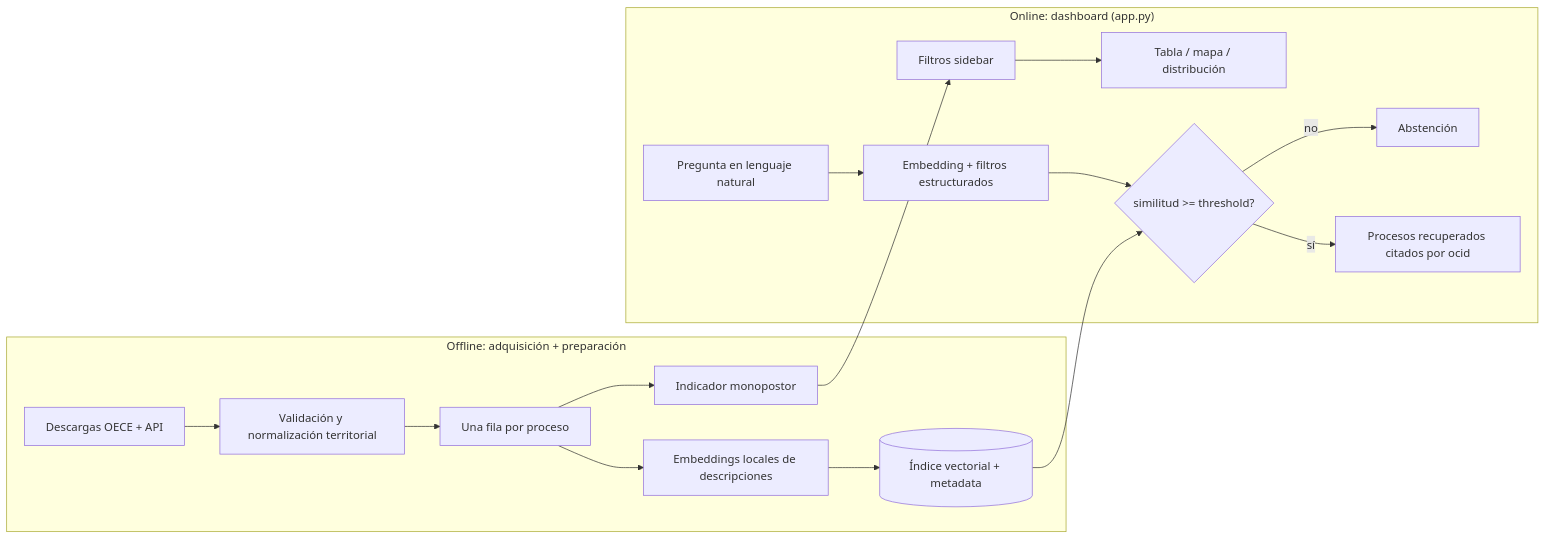
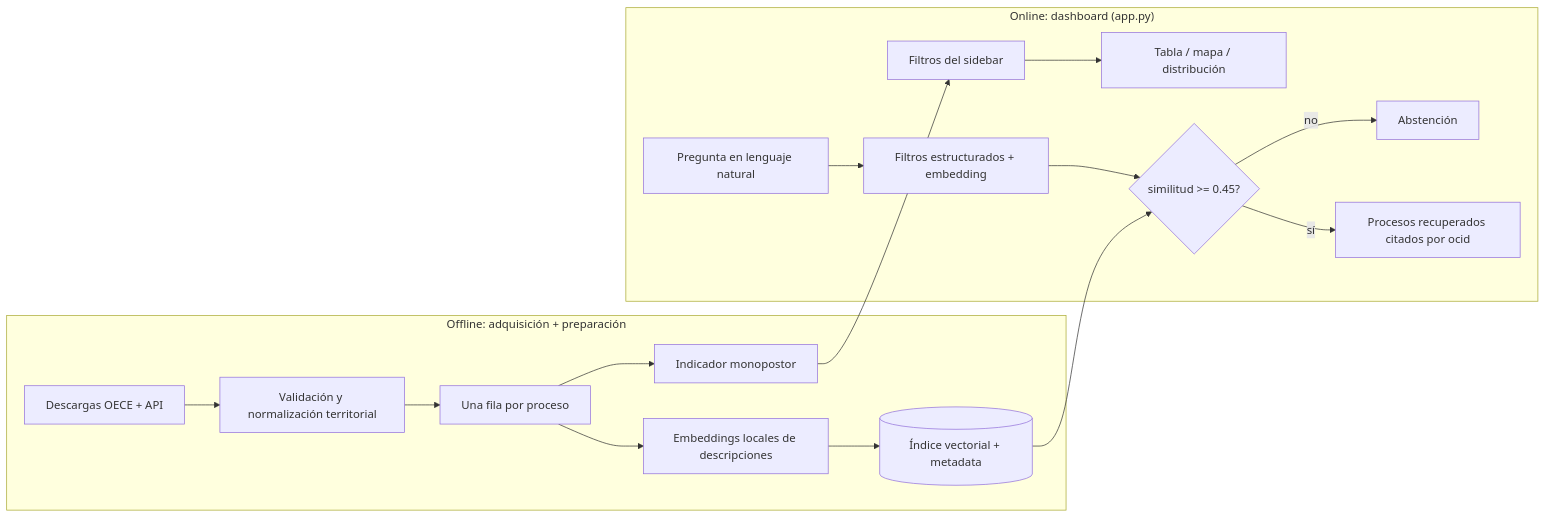
Before and after one commit to JOrtega0210/HW3-DataScience: the second of 2 diagrams in docs/pipeline.md, drawn with Mermaid. The commit also changed other lines of this file and 4 other files, not shown here.

````diff
--- a/docs/pipeline.md
+++ b/docs/pipeline.md
@@ -33,19 +32,19 @@
 ```mermaid
 flowchart LR
     subgraph Offline["Offline: adquisición + preparación"]
         A2[Descargas OECE + API] --> B2[Validación y normalización territorial]
         B2 --> C2[Una fila por proceso]
         C2 --> D2[Embeddings locales de descripciones]
         D2 --> E2[(Índice vectorial + metadata)]
         C2 --> F2[Indicador monopostor]
     end
     subgraph Online["Online: dashboard (app.py)"]
-        G2[Filtros sidebar] --> H2[Tabla / mapa / distribución]
-        I2[Pregunta en lenguaje natural] --> J2[Embedding + filtros estructurados]
-        J2 --> K2{similitud >= threshold?}
+        G2[Filtros del sidebar] --> H2[Tabla / mapa / distribución]
+        I2[Pregunta en lenguaje natural] --> J2[Filtros estructurados + embedding]
+        J2 --> K2{"similitud >= 0.45?"}
         K2 -- no --> L2[Abstención]
         K2 -- sí --> M2[Procesos recuperados citados por ocid]
     end
     E2 --> K2
     F2 --> G2
 ```
````
